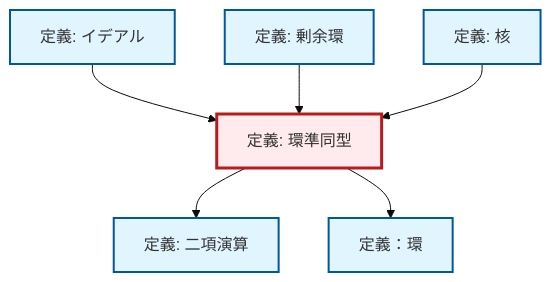
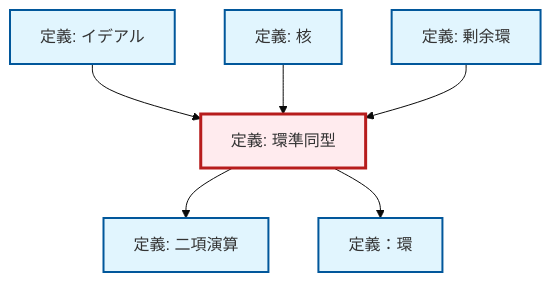
Before and after one commit to RK0429/ModernMath: the diagram in content/ja/algebra/def-ring-homomorphism.qmd, drawn with Mermaid (base theme). The commit also changed other lines of this file and 328 other files, not shown here.

````diff
--- a/content/ja/algebra/def-ring-homomorphism.qmd
+++ b/content/ja/algebra/def-ring-homomorphism.qmd
@@ -87,26 +87,26 @@
 ```{mermaid}
 %%| fig-cap: "ローカル依存関係グラフ"
 graph TD
     classDef definition fill:#e1f5fe,stroke:#01579b,stroke-width:2px
     classDef theorem fill:#f3e5f5,stroke:#4a148c,stroke-width:2px
     classDef axiom fill:#fff3e0,stroke:#e65100,stroke-width:2px
     classDef example fill:#e8f5e9,stroke:#1b5e20,stroke-width:2px
     classDef current fill:#ffebee,stroke:#b71c1c,stroke-width:3px
+    def-ideal["定義: イデアル"]:::definition
+    def-kernel["定義: 核"]:::definition
+    def-ring["定義：環"]:::definition
+    def-quotient-ring["定義: 剰余環"]:::definition
     def-binary-operation["定義: 二項演算"]:::definition
     def-ring-homomorphism["定義: 環準同型"]:::definition
-    def-ideal["定義: イデアル"]:::definition
-    def-ring["定義：環"]:::definition
-    def-quotient-ring["定義: 剰余環"]:::definition
-    def-kernel["定義: 核"]:::definition
     def-ring-homomorphism --> def-binary-operation
     def-ideal --> def-ring-homomorphism
+    def-kernel --> def-ring-homomorphism
     def-ring-homomorphism --> def-ring
     def-quotient-ring --> def-ring-homomorphism
-    def-kernel --> def-ring-homomorphism
     class def-ring-homomorphism current
-    click def-binary-operation "def-binary-operation.html" "二項演算の定義へ"
     click def-ideal "def-ideal.html" "イデアルの定義へ"
+    click def-kernel "def-kernel.html" "核の定義へ"
     click def-ring "def-ring.html" "定義：環へ"
     click def-quotient-ring "def-quotient-ring.html" "剰余環の定義へ"
-    click def-kernel "def-kernel.html" "核の定義へ"
+    click def-binary-operation "def-binary-operation.html" "二項演算の定義へ"
 ```
````
